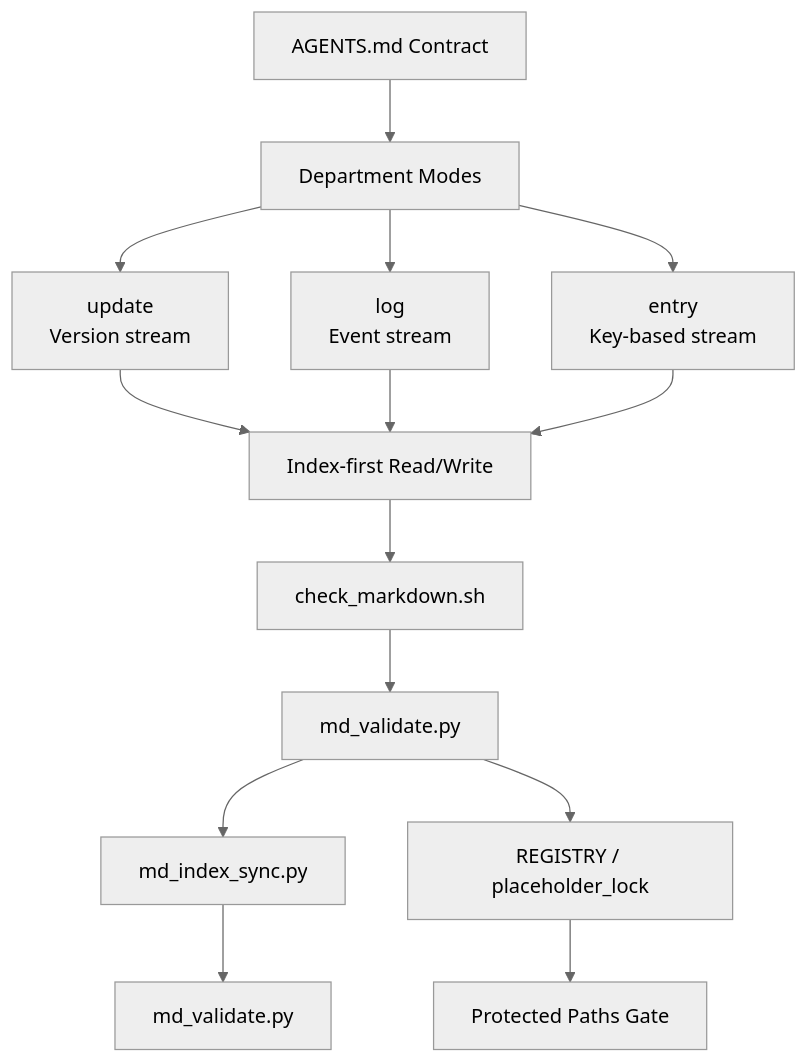
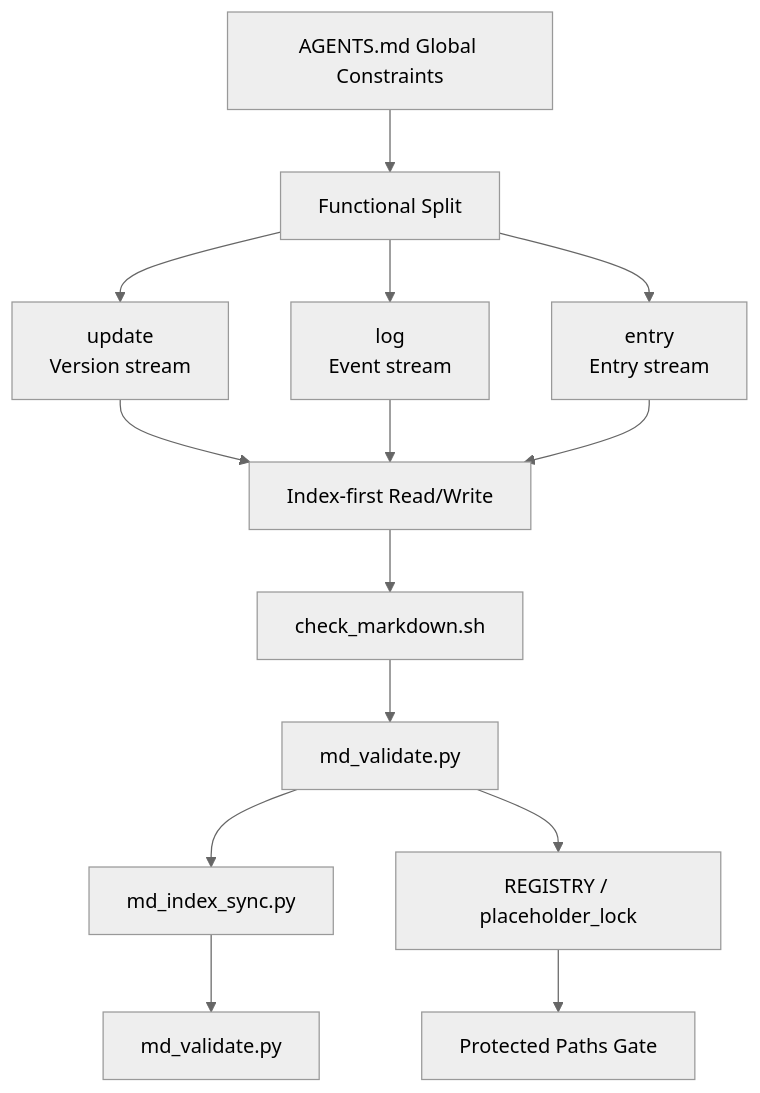
Before and after one commit to AIALRA-0/AGENTSMD: the first of 2 diagrams in README.md, drawn with Mermaid (neutral theme). The commit also changed other lines of this file, not shown here.

Commit message:
docs: align README terms with global constraints and functional split

````diff
--- a/README.md
+++ b/README.md
@@ -38,19 +38,19 @@
 ```mermaid
 flowchart TD
-  A[AGENTS.md Contract] --> B[Department Modes]
+  A[AGENTS.md Global Constraints] --> B[Functional Split]
   B --> B1[update<br/>Version stream]
   B --> B2[log<br/>Event stream]
-  B --> B3[entry<br/>Key-based stream]
+  B --> B3[entry<br/>Entry stream]
 
   B1 --> C[Index-first Read/Write]
   B2 --> C
   B3 --> C
 
   C --> D[check_markdown.sh]
   D --> E[md_validate.py]
   E --> F[md_index_sync.py]
   F --> G[md_validate.py]
 
   E --> H[REGISTRY / placeholder_lock]
   H --> I[Protected Paths Gate]
 ```
````
